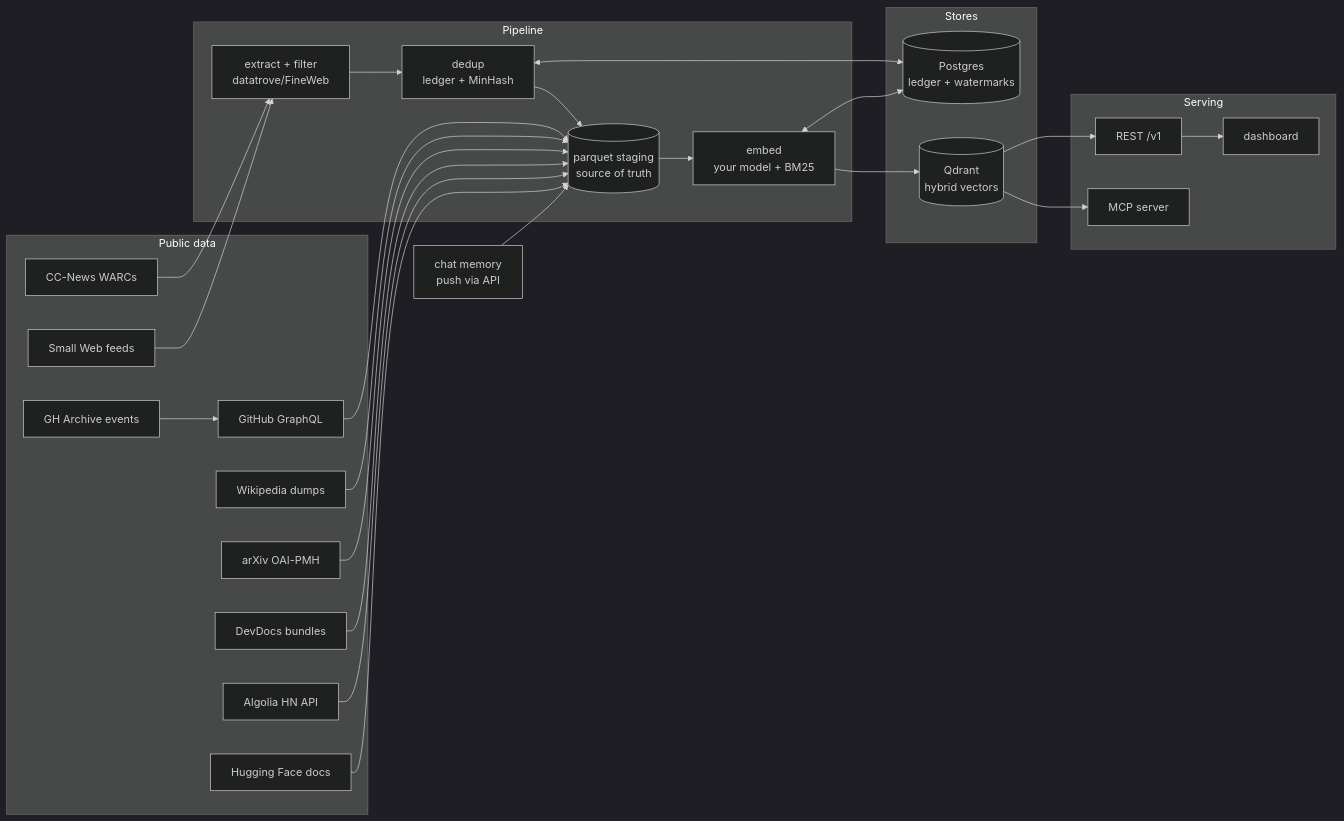
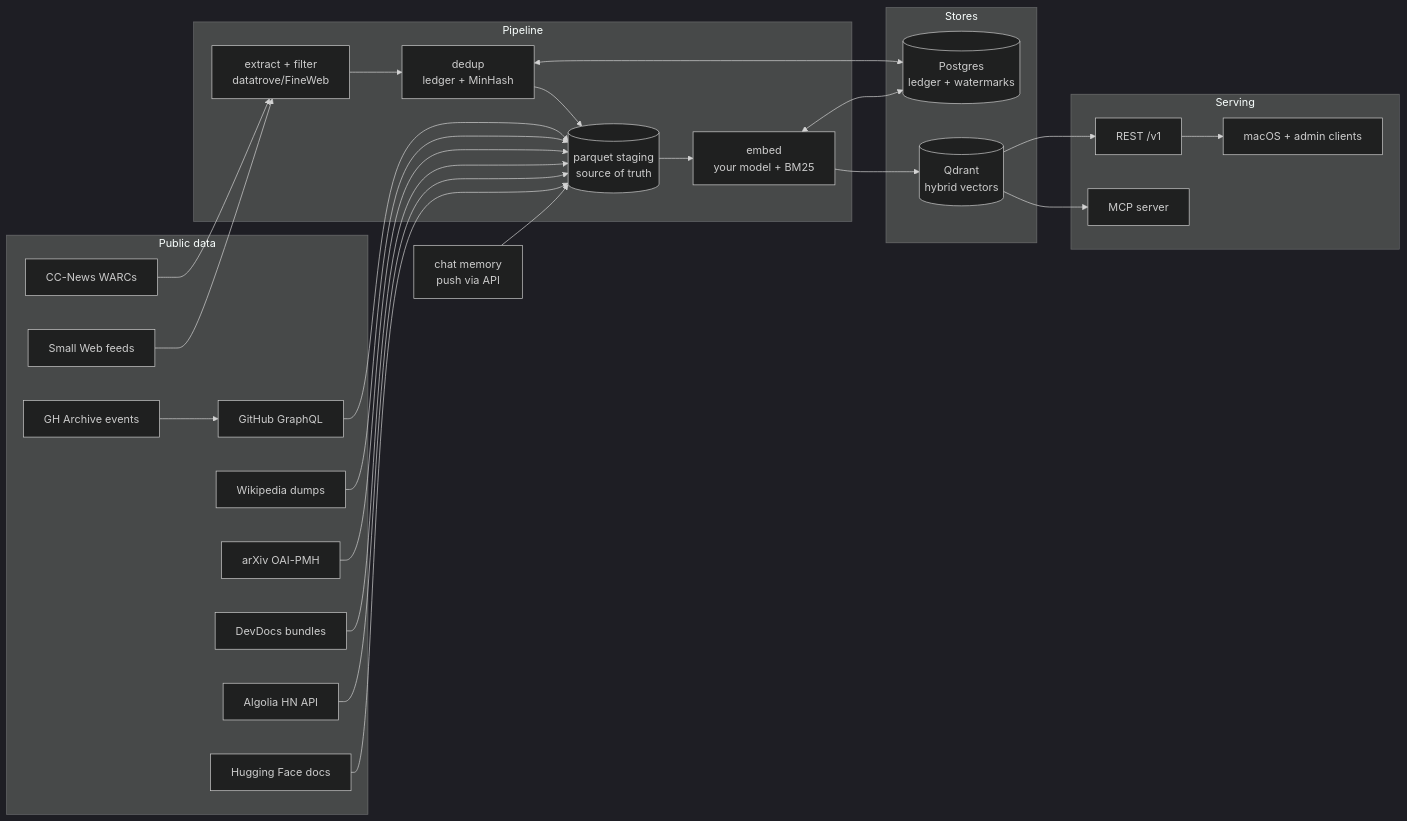
The diagram in README.md (stevemurr/windex), drawn with Mermaid (dark theme) before and after one commit. The commit also changed other lines of this file and 7 other files, not shown here.

````diff
--- a/README.md
+++ b/README.md
@@ -111,43 +109,43 @@
 ```mermaid
 flowchart LR
     subgraph sources [Public data]
         CC[CC-News WARCs]
         GHA[GH Archive events]
         GH[GitHub GraphQL]
         WK[Wikipedia dumps]
         AX[arXiv OAI-PMH]
         SW[Small Web feeds]
         DV[DevDocs bundles]
         HN[Algolia HN API]
         HF[Hugging Face docs]
     end
     MEM[chat memory<br/>push via API]
     subgraph pipeline [Pipeline]
         EX[extract + filter<br/>datatrove/FineWeb]
         DD[dedup<br/>ledger + MinHash]
         PQ[(parquet staging<br/>source of truth)]
         EM[embed<br/>your model + BM25]
     end
     subgraph stores [Stores]
         PG[(Postgres<br/>ledger + watermarks)]
         QD[(Qdrant<br/>hybrid vectors)]
     end
     subgraph serving [Serving]
         API[REST /v1]
         MCP[MCP server]
-        DASH[dashboard]
+        ADMIN[macOS + admin clients]
     end
     CC --> EX --> DD --> PQ --> EM --> QD
     GHA --> GH --> PQ
     WK --> PQ
     AX --> PQ
     SW --> EX
     DV --> PQ
     HN --> PQ
     HF --> PQ
     MEM --> PQ
     DD <--> PG
     EM <--> PG
-    QD --> API --> DASH
+    QD --> API --> ADMIN
     QD --> MCP
 ```
````
